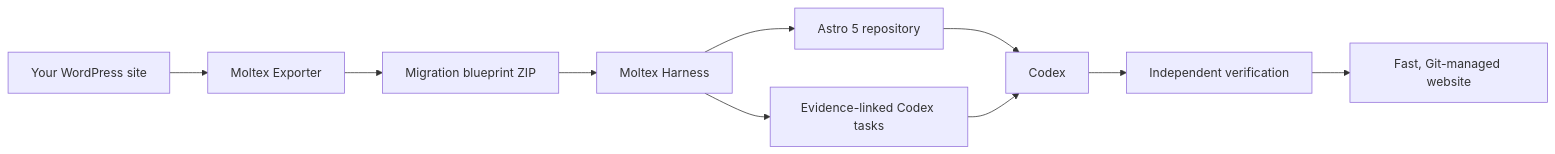
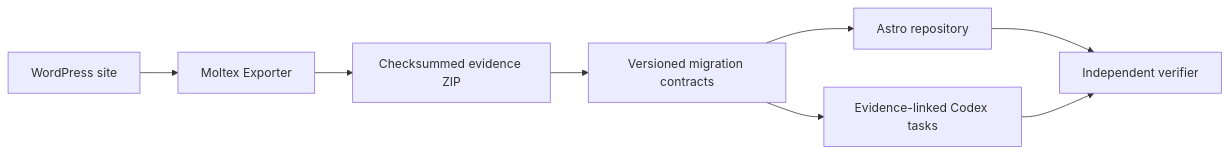
Before and after one commit to erickrex/moltex: the diagram in README.md, drawn with Mermaid. The commit also changed other lines of this file and 5 other files, not shown here.

````diff
--- a/README.md
+++ b/README.md
@@ -29,12 +59,10 @@
 ```mermaid
 flowchart LR
-    WP["Your WordPress site"] --> EX["Moltex Exporter"]
-    EX --> ZIP["Migration blueprint ZIP"]
-    ZIP --> H["Moltex Harness"]
-    H --> ASTRO["Astro 5 repository"]
-    H --> TASKS["Evidence-linked Codex tasks"]
-    ASTRO --> CODEX["Codex"]
-    TASKS --> CODEX
-    CODEX --> VERIFY["Independent verification"]
-    VERIFY --> SITE["Fast, Git-managed website"]
+    WP["WordPress site"] --> EX["Moltex Exporter"]
+    EX --> ZIP["Checksummed evidence ZIP"]
+    ZIP --> CONTRACTS["Versioned migration contracts"]
+    CONTRACTS --> ASTRO["Astro repository"]
+    CONTRACTS --> TASKS["Evidence-linked Codex tasks"]
+    ASTRO --> VERIFY["Independent verifier"]
+    TASKS --> VERIFY
 ```
````
